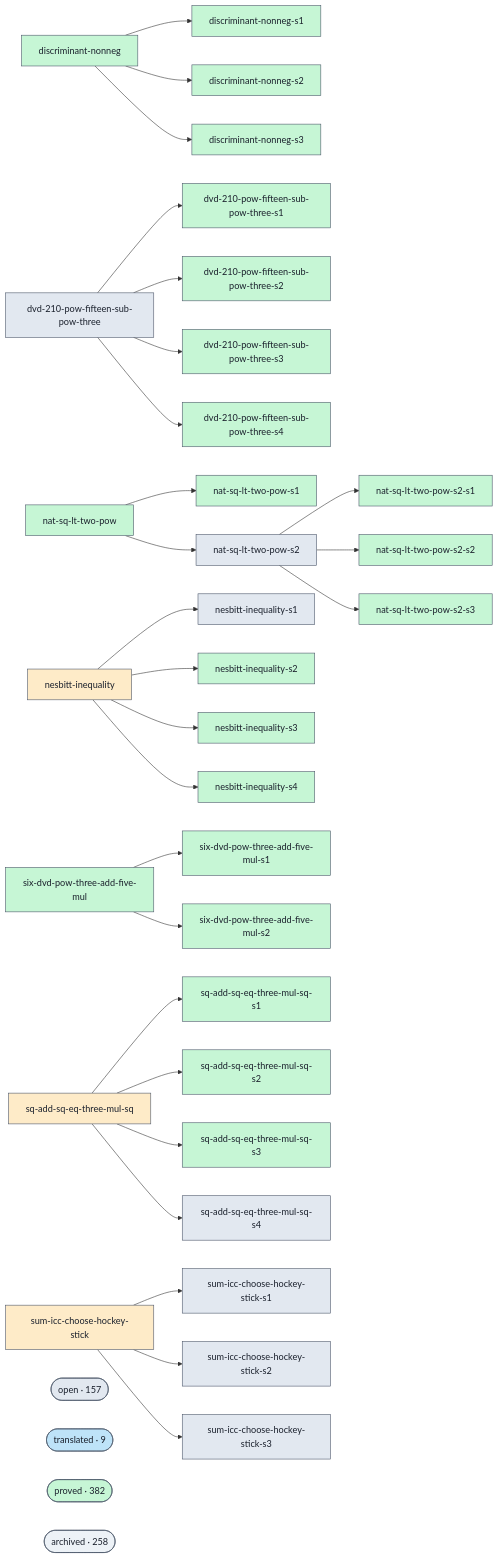
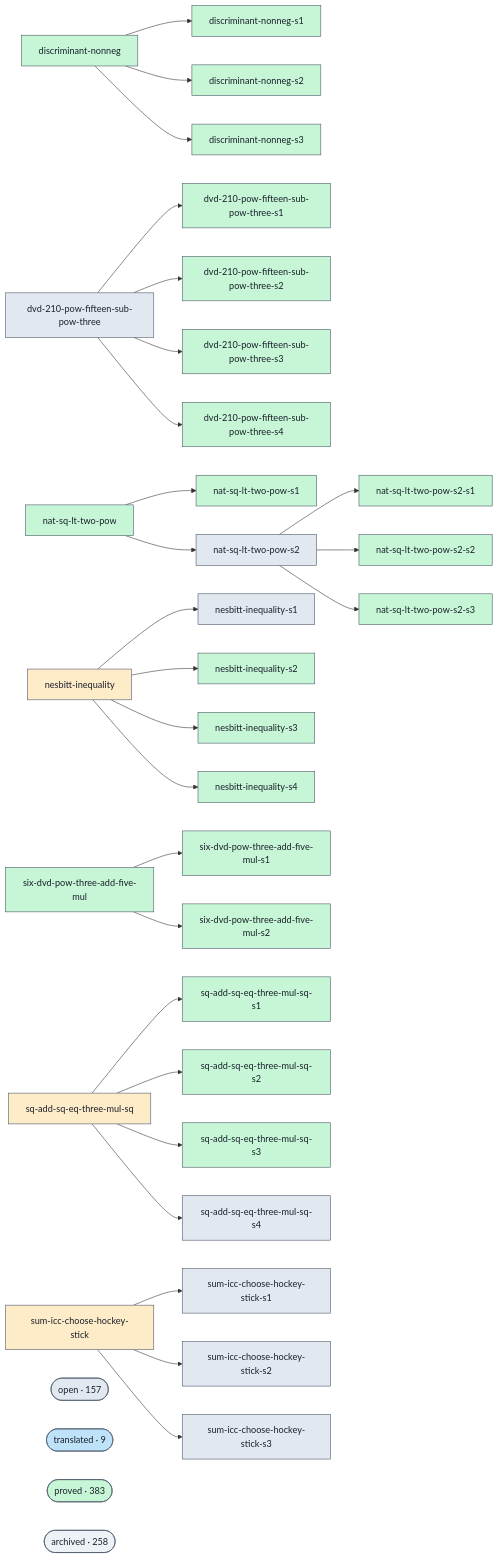
One commit to ohdearquant/unsorry changed the diagram in docs/proofs-contributors-visualisation.md. Above: the diagram before and after it, drawn with Mermaid. The commit also changed other lines of this file and 2 other files, not shown here.

```diff
--- a/docs/proofs-contributors-visualisation.md
+++ b/docs/proofs-contributors-visualisation.md
@@ -147,7 +147,7 @@
   class cluster_open open;
   cluster_translated(["translated · 9"])
   class cluster_translated translated;
-  cluster_proved(["proved · 382"])
+  cluster_proved(["proved · 383"])
   class cluster_proved proved;
   cluster_archived(["archived · 258"])
   class cluster_archived unknown;
```
